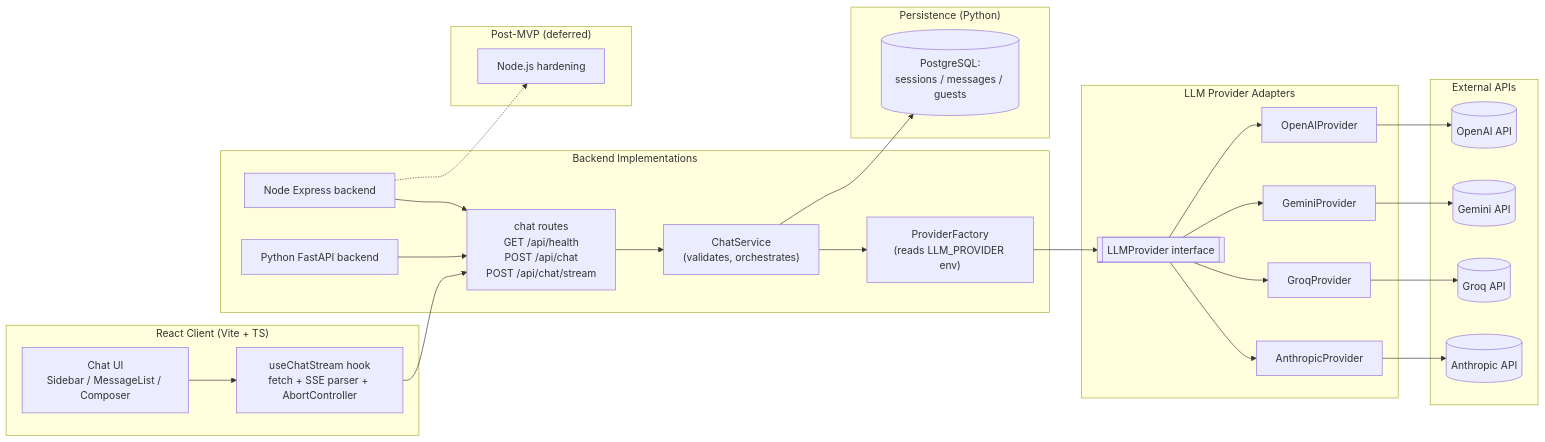
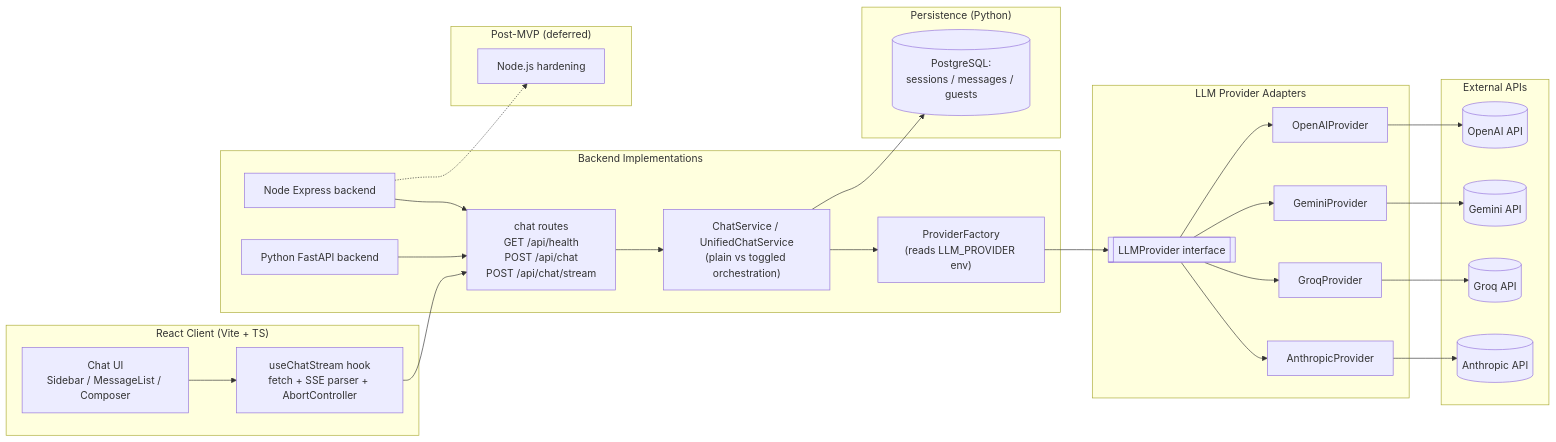
One commit to pateatlau/fullstack-ai-platform changed the diagram in README.md. Above: the diagram before and after it, drawn with Mermaid. The commit also changed other lines of this file and 4 other files, not shown here.

````diff
--- a/README.md
+++ b/README.md
@@ -86,50 +108,50 @@
 ```mermaid
 flowchart LR
   subgraph Client["React Client (Vite + TS)"]
     UI["Chat UI\nSidebar / MessageList / Composer"]
     Hook["useChatStream hook\nfetch + SSE parser + AbortController"]
   end
 
   subgraph API["Backend Implementations"]
     Py["Python FastAPI backend"]
     Node["Node Express backend"]
     Router["chat routes\nGET /api/health\nPOST /api/chat\nPOST /api/chat/stream"]
-    Service["ChatService\n(validates, orchestrates)"]
+    Service["ChatService / UnifiedChatService\n(plain vs toggled orchestration)"]
     Factory["ProviderFactory\n(reads LLM_PROVIDER env)"]
   end
 
   subgraph Providers["LLM Provider Adapters"]
     Base[["LLMProvider interface"]]
     OpenAIAdapter["OpenAIProvider"]
     GeminiAdapter["GeminiProvider"]
     GroqAdapter["GroqProvider"]
     AnthropicAdapter["AnthropicProvider"]
   end
 
   subgraph External["External APIs"]
     OpenAI[("OpenAI API")]
     Gemini[("Gemini API")]
     Groq[("Groq API")]
     Anthropic[("Anthropic API")]
   end
 
   subgraph Data["Persistence (Python)"]
     DB[("PostgreSQL:\nsessions / messages / guests")]
   end
 
   subgraph PostMVP["Post-MVP (deferred)"]
     NodeHarden["Node.js hardening"]
   end
 
   UI --> Hook --> Router
   Py --> Router
   Node --> Router
   Router --> Service --> Factory
   Factory --> Base
   Base --> OpenAIAdapter --> OpenAI
   Base --> GeminiAdapter --> Gemini
   Base --> GroqAdapter --> Groq
   Base --> AnthropicAdapter --> Anthropic
   Service --> DB
   Node -.-> NodeHarden
 ```
````
